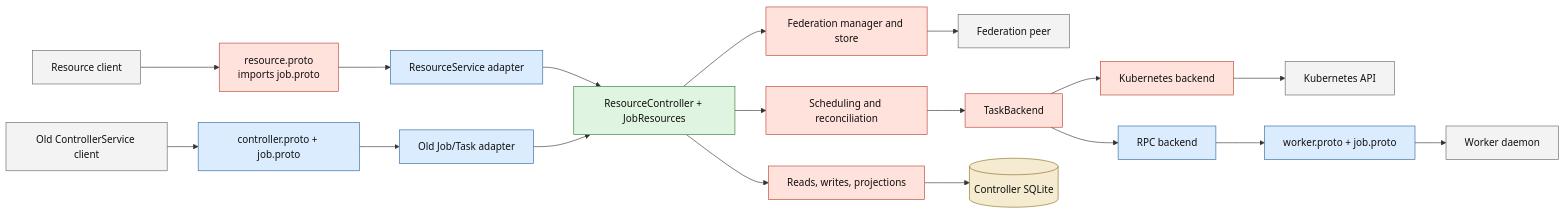
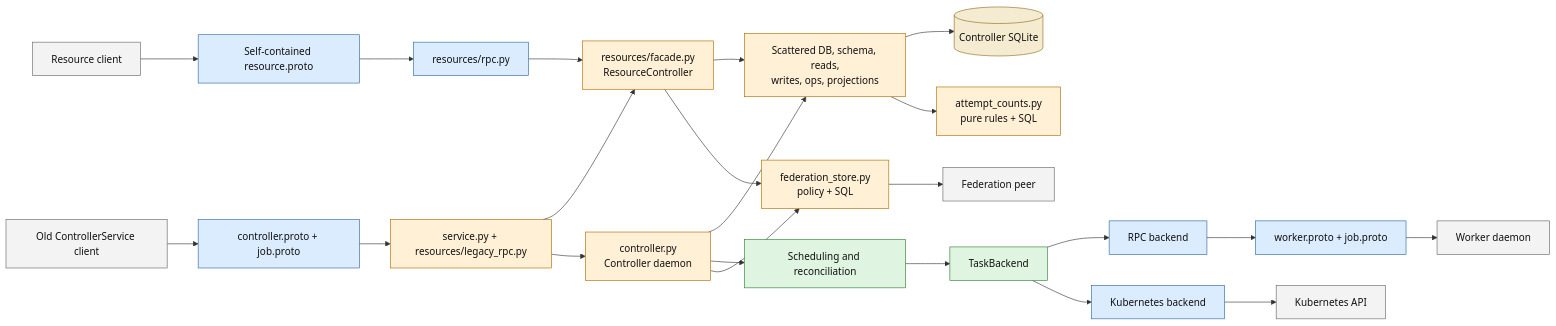
The first of 3 diagrams in .agents/projects/iris_resource_model/architecture.md (marin-community/marin), drawn with Mermaid before and after one commit. The commit also changed other lines of this file and 185 other files, not shown here.

First line of the commit message:
[iris] Organize resource controller boundaries

````diff
--- a/.agents/projects/iris_resource_model/architecture.md
+++ b/.agents/projects/iris_resource_model/architecture.md
@@ -42,37 +42,43 @@
 ```mermaid
 flowchart LR
     classDef caller fill:#f3f3f3,stroke:#666,color:#111
     classDef wire fill:#dcecff,stroke:#2b67a0,color:#111
     classDef core fill:#dff5e1,stroke:#2f7d32,color:#111
-    classDef leak fill:#ffe2dc,stroke:#b8432f,color:#111
+    classDef mixed fill:#fff0d6,stroke:#ad6b00,color:#111
     classDef store fill:#f4ebd0,stroke:#8a6d1d,color:#111
 
     resourceCaller[Resource client]:::caller
     oldCaller[Old ControllerService client]:::caller
     worker[Worker daemon]:::caller
     kubernetes[Kubernetes API]:::caller
     peer[Federation peer]:::caller
 
-    resourceWire[resource.proto<br/>imports job.proto]:::leak
+    resourceWire[Self-contained resource.proto]:::wire
     oldWire[controller.proto + job.proto]:::wire
     workerWire[worker.proto + job.proto]:::wire
 
-    resourceRpc[ResourceService adapter]:::wire
-    oldRpc[Old Job/Task adapter]:::wire
-    controller[ResourceController + JobResources]:::core
-    persistence[Reads, writes, projections]:::leak
-    scheduling[Scheduling and reconciliation]:::leak
-    backend[TaskBackend]:::leak
+    resourceRpc[resources/rpc.py]:::wire
+    oldRpc[service.py + resources/legacy_rpc.py]:::mixed
+    controller[resources/facade.py<br/>ResourceController]:::mixed
+    runtime[controller.py<br/>Controller daemon]:::mixed
+    persistence[Scattered DB, schema, reads,<br/>writes, ops, projections]:::mixed
+    scheduling[Scheduling and reconciliation]:::core
+    backend[TaskBackend]:::core
     rpcBackend[RPC backend]:::wire
-    k8sBackend[Kubernetes backend]:::leak
-    federation[Federation manager and store]:::leak
+    k8sBackend[Kubernetes backend]:::wire
+    federation[federation_store.py<br/>policy + SQL]:::mixed
+    counts[attempt_counts.py<br/>pure rules + SQL]:::mixed
     sqlite[(Controller SQLite)]:::store
 
     resourceCaller --> resourceWire --> resourceRpc --> controller
     oldCaller --> oldWire --> oldRpc --> controller
+    oldRpc --> runtime
     controller --> persistence --> sqlite
-    controller --> scheduling --> backend
+    runtime --> persistence
+    runtime --> scheduling --> backend
+    runtime --> federation
+    persistence --> counts
     backend --> rpcBackend --> workerWire --> worker
     backend --> k8sBackend --> kubernetes
     controller --> federation --> peer
 ```
````
